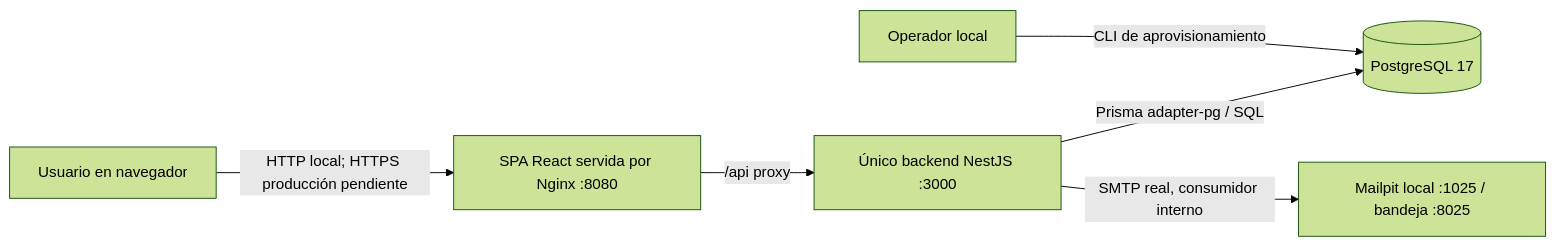
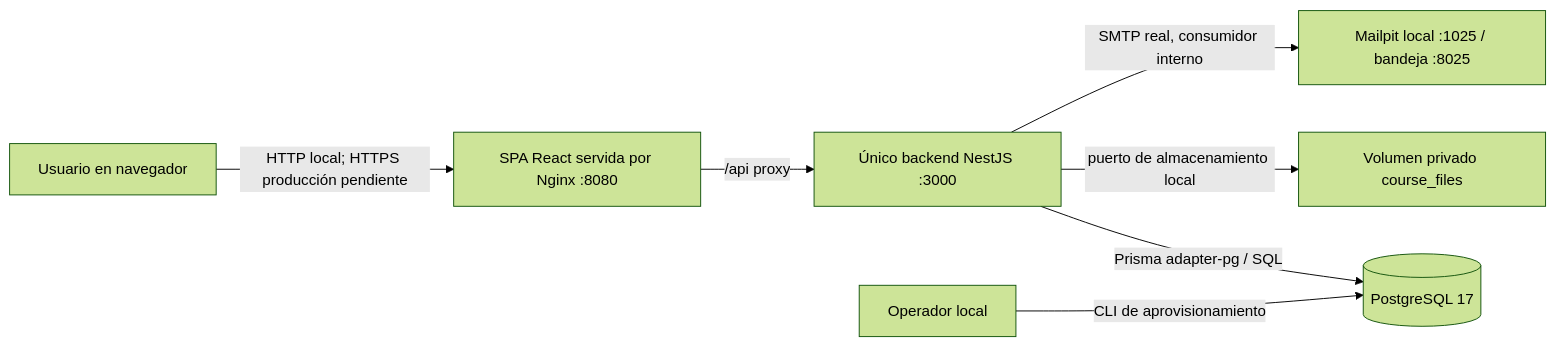
One commit to Leonardo213-pe/Edu_track changed the second of 4 diagrams in docs/diagrams/C4.md. Above: the diagram before and after it, drawn with Mermaid (forest theme). The commit also changed other lines of this file and 44 other files, not shown here.

````diff
--- a/docs/diagrams/C4.md
+++ b/docs/diagrams/C4.md
@@ -21,8 +21,9 @@
 ```mermaid
 flowchart LR
   U[Usuario en navegador] -->|HTTP local; HTTPS producción pendiente| W[SPA React servida por Nginx :8080]
   W -->|/api proxy| B[Único backend NestJS :3000]
   B -->|Prisma adapter-pg / SQL| DB[(PostgreSQL 17)]
+  B -->|puerto de almacenamiento local| F[Volumen privado course_files]
   B -->|SMTP real, consumidor interno| SMTP[Mailpit local :1025 / bandeja :8025]
   O[Operador local] -->|CLI de aprovisionamiento| DB
 ```
````
